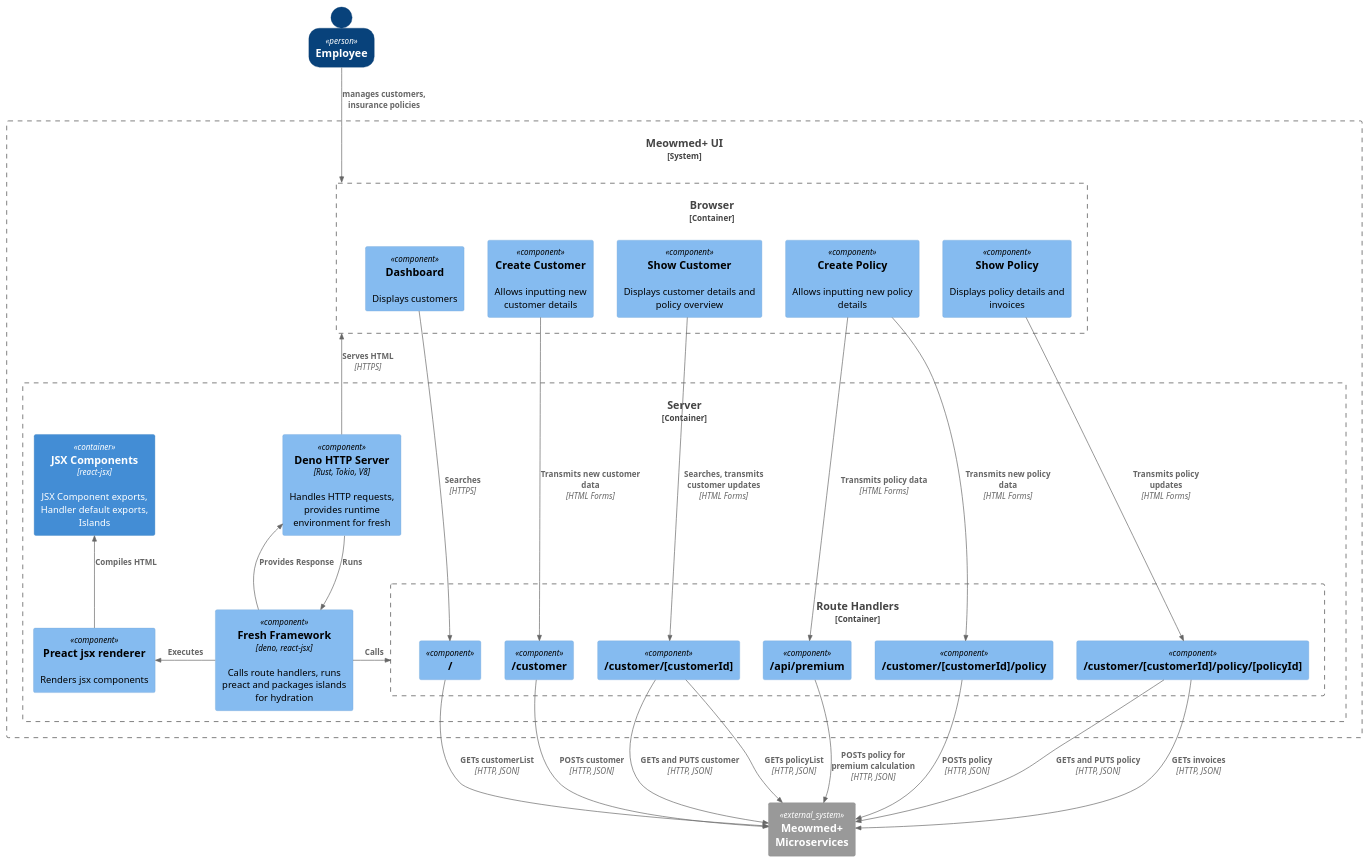
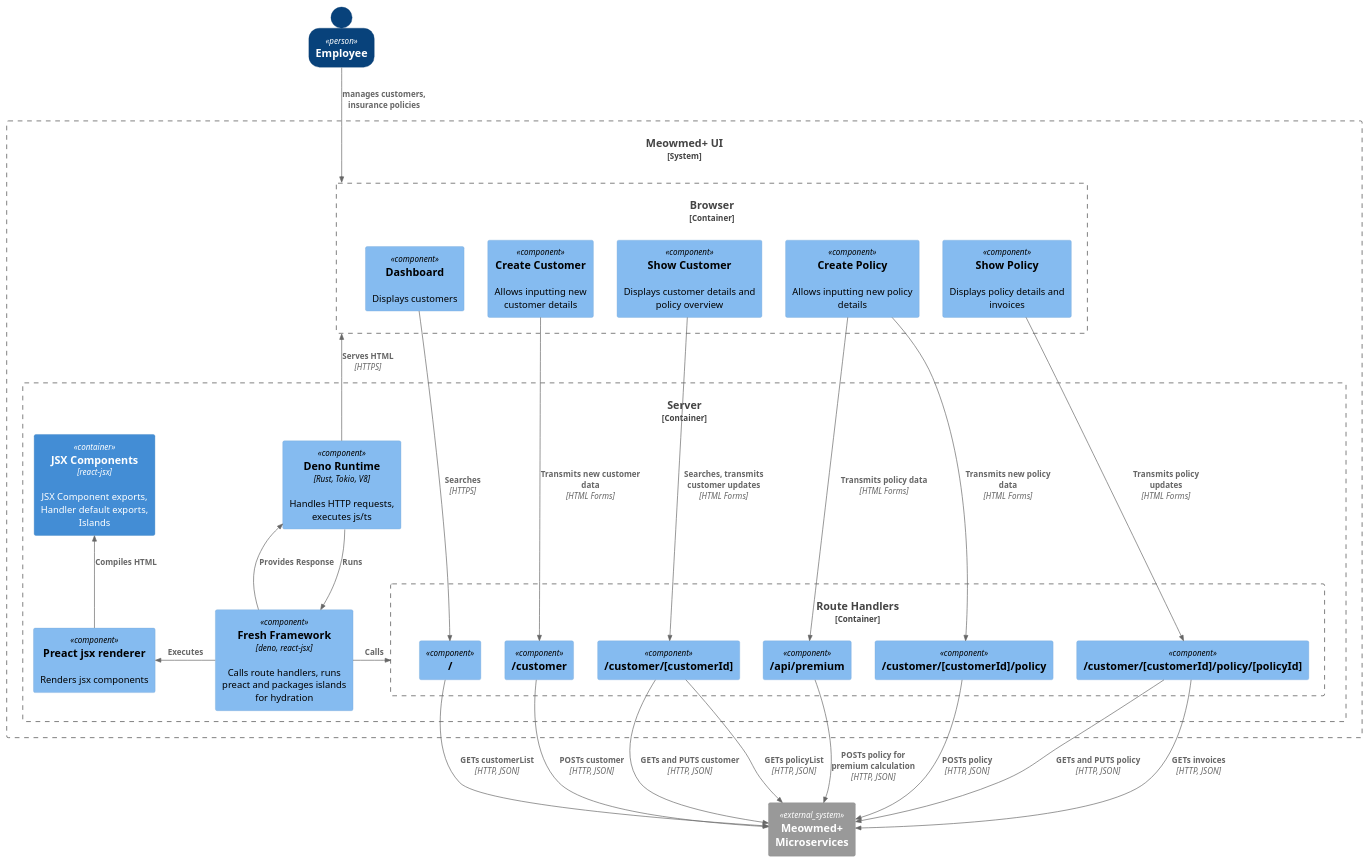
The diagram in UI/docs/ComponentBoth.puml (danieland2606/Bachelorprojekt), drawn with PlantUML before and after one commit. The commit also changed 1 other file, not shown here.

```diff
--- a/UI/docs/ComponentBoth.puml
+++ b/UI/docs/ComponentBoth.puml
@@ -1,62 +1,62 @@
 @startuml Meowmed UI Components
 !include  https://raw.githubusercontent.com/plantuml-stdlib/C4-PlantUML/master/C4_Component.puml
 
 SHOW_PERSON_OUTLINE()
 
 Person(user, "Employee")
 
 System_Boundary(ui, "Meowmed+ UI") {
 
     Container_Boundary(browser, "Browser") {
         Component(dash, "Dashboard", $descr="Displays customers")
         Component(custNew, "Create Customer", $descr="Allows inputting new customer details")
         Component(custDetail, "Show Customer", $descr="Displays customer details and policy overview")
         Component(polNew, "Create Policy", $descr="Allows inputting new policy details")
         Component(polDetail, "Show Policy", $descr="Displays policy details and invoices")
     }
 
     Container_Boundary(server, "Server") {
 
         Container_Boundary(handlers, "Route Handlers") {
             Component(index, "/", $descr="")
             Component(customer, "/customer", $descr="")
             Component(customerId, "/customer/[customerId]", $descr="")
             Component(policy, "/customer/[customerId]/policy", $descr="")
             Component(policyId, "/customer/[customerId]/policy/[policyId]", $descr="")
             Component(premium, "/api/premium", $descr="")
         }
 
-        Component(deno, "Deno HTTP Server", "Rust, Tokio, V8", "Handles HTTP requests, provides runtime environment for fresh")
+        Component(deno, "Deno Runtime", "Rust, Tokio, V8", "Handles HTTP requests, executes js/ts")
         Component(fresh, "Fresh Framework", "deno, react-jsx", "Calls route handlers, runs preact and packages islands for hydration")
         Component(preact, "Preact jsx renderer", $descr="Renders jsx components")
         Container(components, "JSX Components", "react-jsx", "JSX Component exports, Handler default exports, Islands")
     }
 }
 
 System_Ext(backend, "Meowmed+ Microservices")
 
 Rel(user, browser, "manages customers, insurance policies")
 
 Rel(dash, index, "Searches", "HTTPS")
 Rel(custNew, customer, "Transmits new customer data", "HTML Forms")
 Rel(custDetail, customerId, "Searches, transmits customer updates", "HTML Forms")
 Rel(polNew, policy, "Transmits new policy data", "HTML Forms")
 Rel(polNew, premium, "Transmits policy data", "HTML Forms")
 Rel(polDetail, policyId, "Transmits policy updates", "HTML Forms")
 
 Rel_D(deno, fresh, "Runs")
 Rel_R(fresh, handlers, "Calls")
 Rel_L(fresh, preact, "Executes")
 Rel_U(preact, components, "Compiles HTML")
 Rel_U(fresh, deno, "Provides Response")
 Rel_U(deno, browser, "Serves HTML", "HTTPS")
 
 Rel_D(index, backend, "GETs customerList", "HTTP, JSON")
 Rel_D(customer, backend, "POSTs customer", "HTTP, JSON")
 Rel_D(customerId, backend, "GETs and PUTS customer", "HTTP, JSON")
 Rel_D(customerId, backend, "GETs policyList", "HTTP, JSON")
 Rel_D(policy, backend, "POSTs policy", "HTTP, JSON")
 Rel_D(policyId, backend, "GETs and PUTS policy", "HTTP, JSON")
 Rel_D(policyId, backend, "GETs invoices", "HTTP, JSON")
 Rel_D(premium, backend, "POSTs policy for premium calculation", "HTTP, JSON")
 @enduml
```
